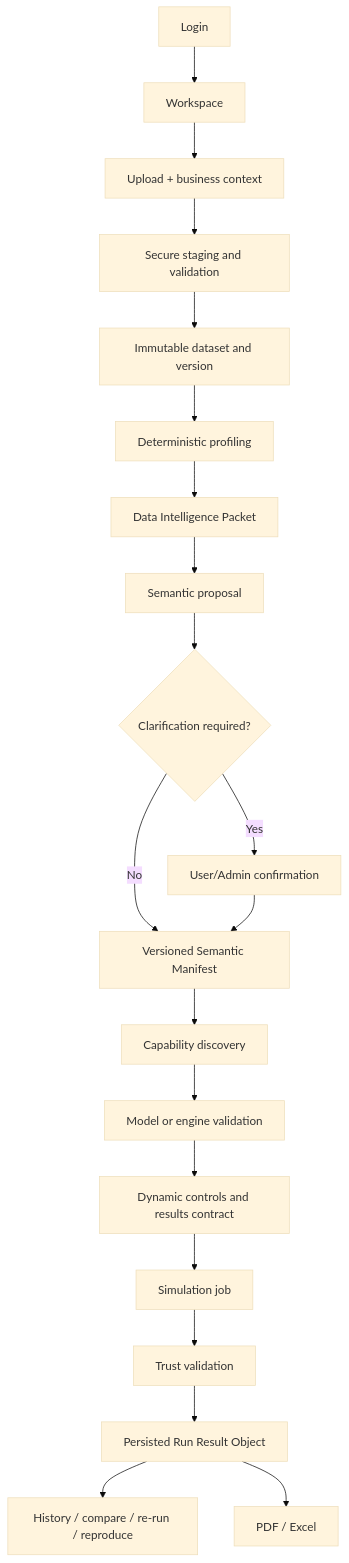
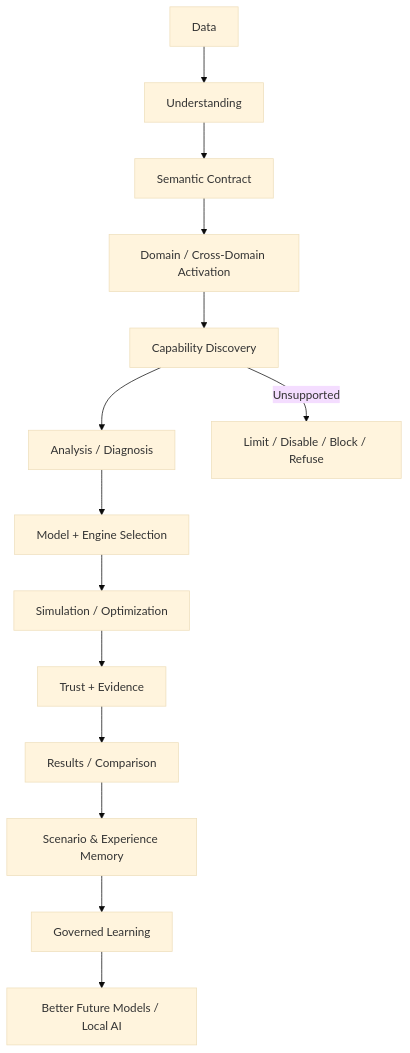
The first of 4 diagrams in README.md (Kedar-Joshi07/IPSP), drawn with Mermaid (base theme) before and after one commit. The commit also changed other lines of this file and 1 other file, not shown here.

````diff
--- a/README.md
+++ b/README.md
@@ -74,22 +55,16 @@
 ```mermaid
 flowchart TD
-  L[Login] --> W[Workspace]
-  W --> U[Upload + business context]
-  U --> SEC[Secure staging and validation]
-  SEC --> VER[Immutable dataset and version]
-  VER --> PROF[Deterministic profiling]
-  PROF --> DIP[Data Intelligence Packet]
-  DIP --> SEM[Semantic proposal]
-  SEM --> Q{Clarification required?}
-  Q -- Yes --> CONF[User/Admin confirmation]
-  Q -- No --> MAN[Versioned Semantic Manifest]
-  CONF --> MAN
-  MAN --> CAP[Capability discovery]
-  CAP --> VAL[Model or engine validation]
-  VAL --> UI[Dynamic controls and results contract]
-  UI --> SIM[Simulation job]
-  SIM --> TRUST[Trust validation]
-  TRUST --> RES[Persisted Run Result Object]
-  RES --> HIST[History / compare / re-run / reproduce]
-  RES --> EXP[PDF / Excel]
+  DATA[Data] --> UNDERSTAND[Understanding]
+  UNDERSTAND --> SEM[Semantic Contract]
+  SEM --> DOMAIN[Domain / Cross-Domain Activation]
+  DOMAIN --> CAP[Capability Discovery]
+  CAP --> ANALYZE[Analysis / Diagnosis]
+  ANALYZE --> SELECT[Model + Engine Selection]
+  SELECT --> SIM[Simulation / Optimization]
+  SIM --> TRUST[Trust + Evidence]
+  TRUST --> RESULT[Results / Comparison]
+  RESULT --> MEMORY[Scenario & Experience Memory]
+  MEMORY --> LEARN[Governed Learning]
+  LEARN --> FUTURE[Better Future Models / Local AI]
+  CAP -->|Unsupported| REFUSE[Limit / Disable / Block / Refuse]
 ```
````
